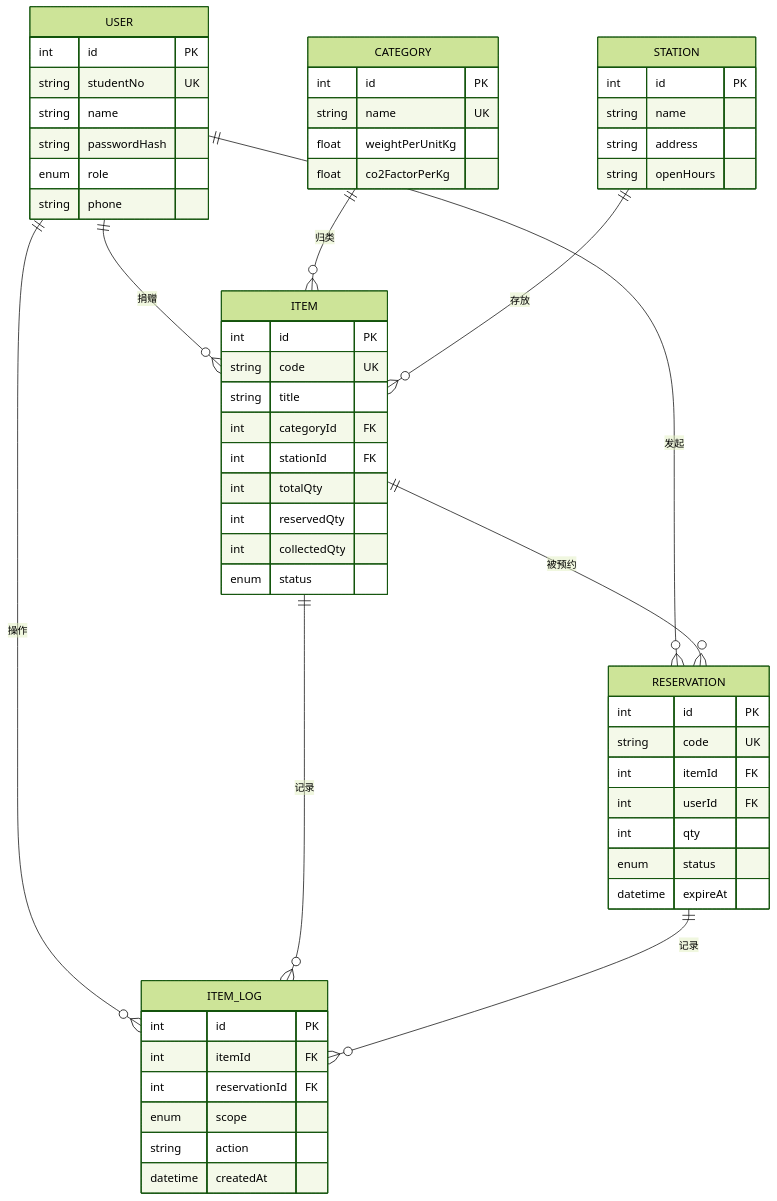
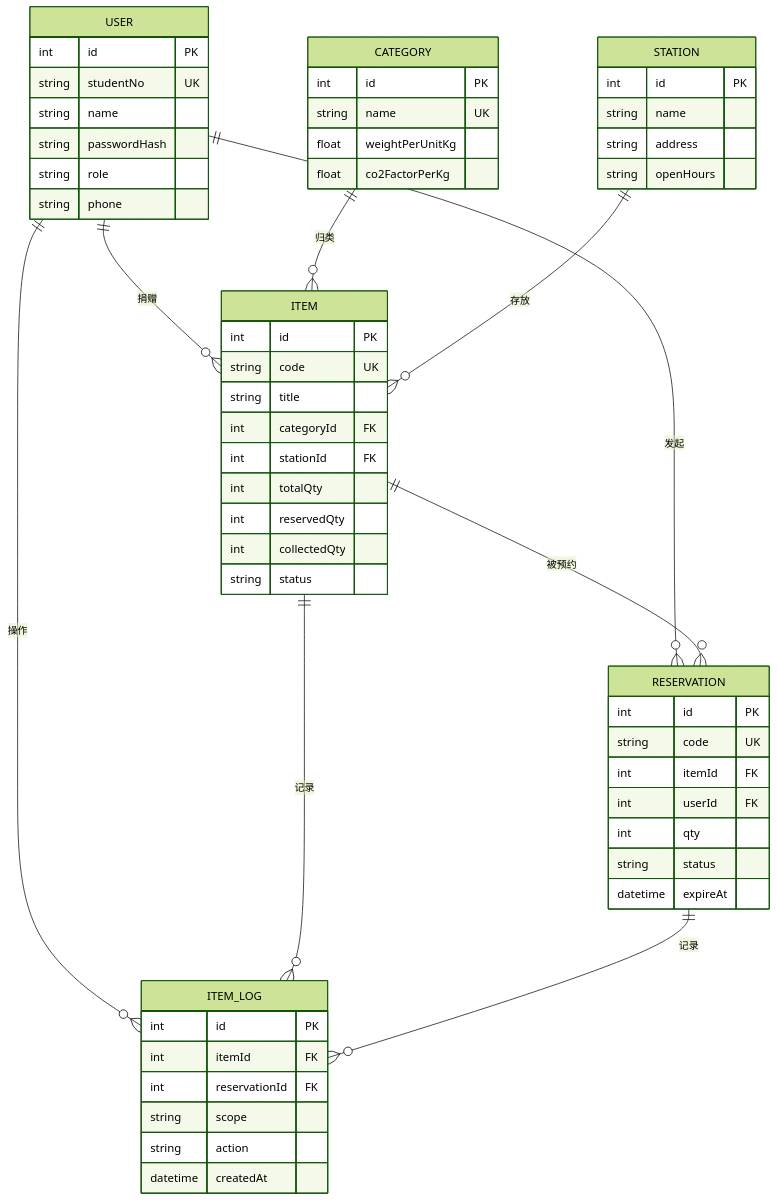
The diagram in 02-数据结构与系统架构说明.md (00000ooooorAngeeeee/campus-donate), drawn with Mermaid (forest theme) before and after one commit. The commit also changed other lines of this file and 8 other files, not shown here.

````diff
--- a/02-数据结构与系统架构说明.md
+++ b/02-数据结构与系统架构说明.md
@@ -133,60 +133,60 @@
 ```mermaid
 erDiagram
     USER ||--o{ ITEM : "捐赠"
     USER ||--o{ RESERVATION : "发起"
     USER ||--o{ ITEM_LOG : "操作"
     CATEGORY ||--o{ ITEM : "归类"
     STATION ||--o{ ITEM : "存放"
     ITEM ||--o{ RESERVATION : "被预约"
     ITEM ||--o{ ITEM_LOG : "记录"
     RESERVATION ||--o{ ITEM_LOG : "记录"
 
     USER {
         int id PK
         string studentNo UK
         string name
         string passwordHash
-        enum role
+        string role
         string phone
     }
     CATEGORY {
         int id PK
         string name UK
         float weightPerUnitKg
         float co2FactorPerKg
     }
     STATION {
         int id PK
         string name
         string address
         string openHours
     }
     ITEM {
         int id PK
         string code UK
         string title
         int categoryId FK
         int stationId FK
         int totalQty
         int reservedQty
         int collectedQty
-        enum status
+        string status
     }
     RESERVATION {
         int id PK
         string code UK
         int itemId FK
         int userId FK
         int qty
-        enum status
+        string status
         datetime expireAt
     }
     ITEM_LOG {
         int id PK
         int itemId FK
         int reservationId FK
-        enum scope
+        string scope
         string action
         datetime createdAt
     }
 ```
````
